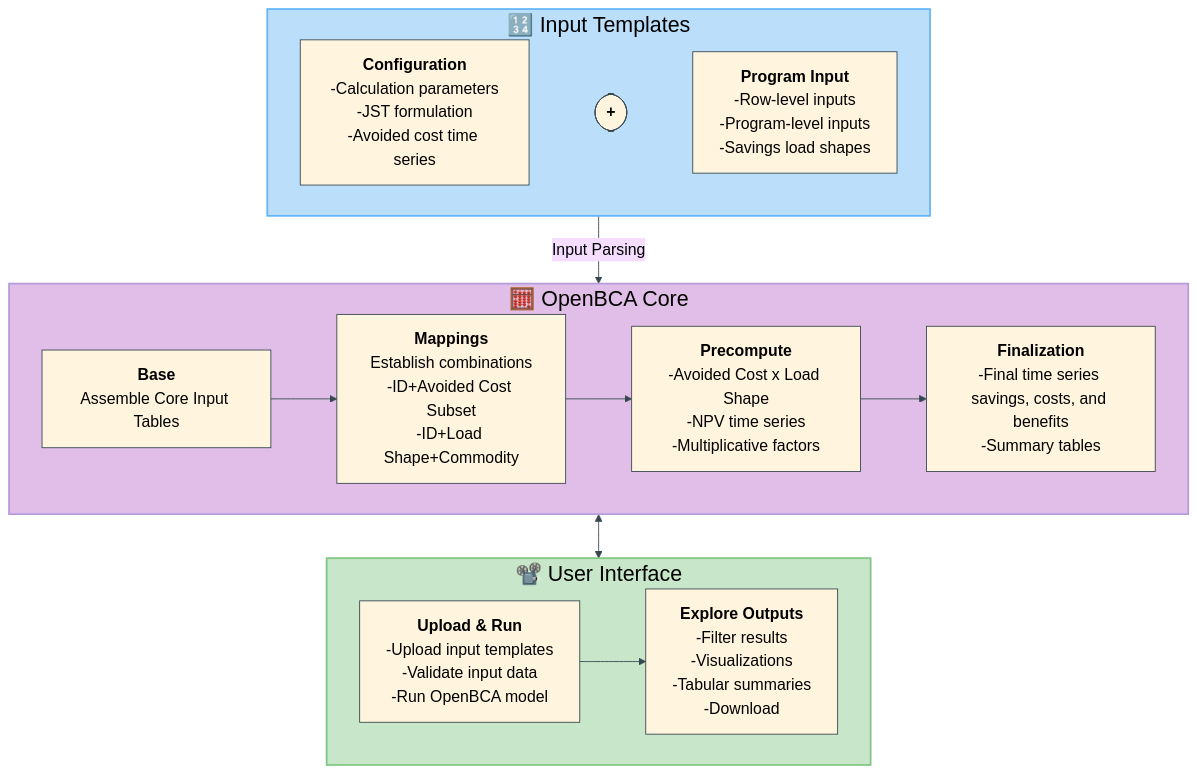
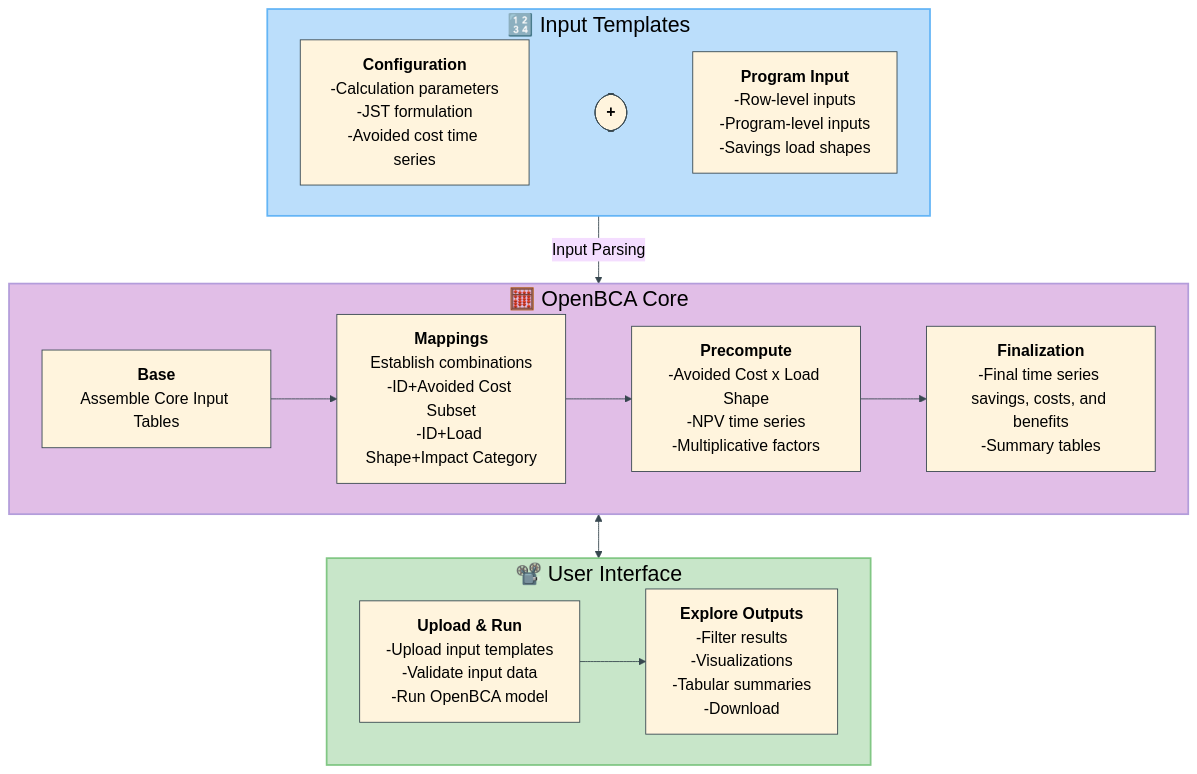
Before and after one commit to openbca/openbca: the first of 3 diagrams in README.md, drawn with Mermaid. The commit also changed other lines of this file and 1 other file, not shown here.

Commit message:
minor readme edits, including updates to flow diagram and measures input schema image

````diff
--- a/README.md
+++ b/README.md
@@ -128,55 +128,55 @@
 ```mermaid
 %%{init: {'theme': 'base', 'themeVariables': {'fontSize': '18px', 'primaryTextColor': '#000000', 'secondaryTextColor': '#000000', 'tertiaryTextColor': '#000000', 'primaryBorderColor': '#37474f', 'lineColor': '#37474f'}}}%%
 flowchart TD
 
    subgraph Input_Templates["<span style='font-size:1.35em; color:#000000'>🔢 Input Templates</span>"]
        A1["`**Configuration**
        -Calculation parameters
        -JST formulation
        -Avoided cost time series`"]
        +(["`**+**`"])
        A2["`**Program Input**
        -Row-level inputs
        -Program-level inputs
        -Savings load shapes`"]
        A1~~~+~~~A2
    end
 
    subgraph OpenBCA_Core["<span style='font-size:1.35em; color:#000000'>🧮 OpenBCA Core</span>"]
        B1["`**Base**
        Assemble Core Input Tables`"]
        B2["`**Mappings**
        Establish combinations
        -ID+Avoided Cost Subset
-       -ID+Load Shape+Commodity`"]
+       -ID+Load Shape+Impact Category`"]
        B3["`**Precompute**
        -Avoided Cost x Load Shape
        -NPV time series
        -Multiplicative factors`"]
        B4["`**Finalization**
        -Final time series savings, costs, and benefits
        -Summary tables`"]
        B1 --> B2 --> B3 --> B4
    end
 
    subgraph User_Interface["<span style='font-size:1.35em; color:#000000'>📽️ User Interface</span>"]
        C1["`**Upload & Run**
        -Upload input templates
        -Validate input data
        -Run OpenBCA model`"]
        C2["`**Explore Outputs**
        -Filter results
        -Visualizations
        -Tabular summaries
        -Download`"]
        C1 --> C2
    end
 
    Input_Templates--Input Parsing-->OpenBCA_Core
    OpenBCA_Core<-->User_Interface
 
    %% Subgraph backgrounds: input = blue, core = violet, UI = green (lighter fills)
    style Input_Templates fill:#bbdefb,stroke:#64b5f6,stroke-width:2px
    style OpenBCA_Core fill:#e1bee7,stroke:#b39ddb,stroke-width:2px
    style User_Interface fill:#c8e6c9,stroke:#81c784,stroke-width:2px
 ```
````
